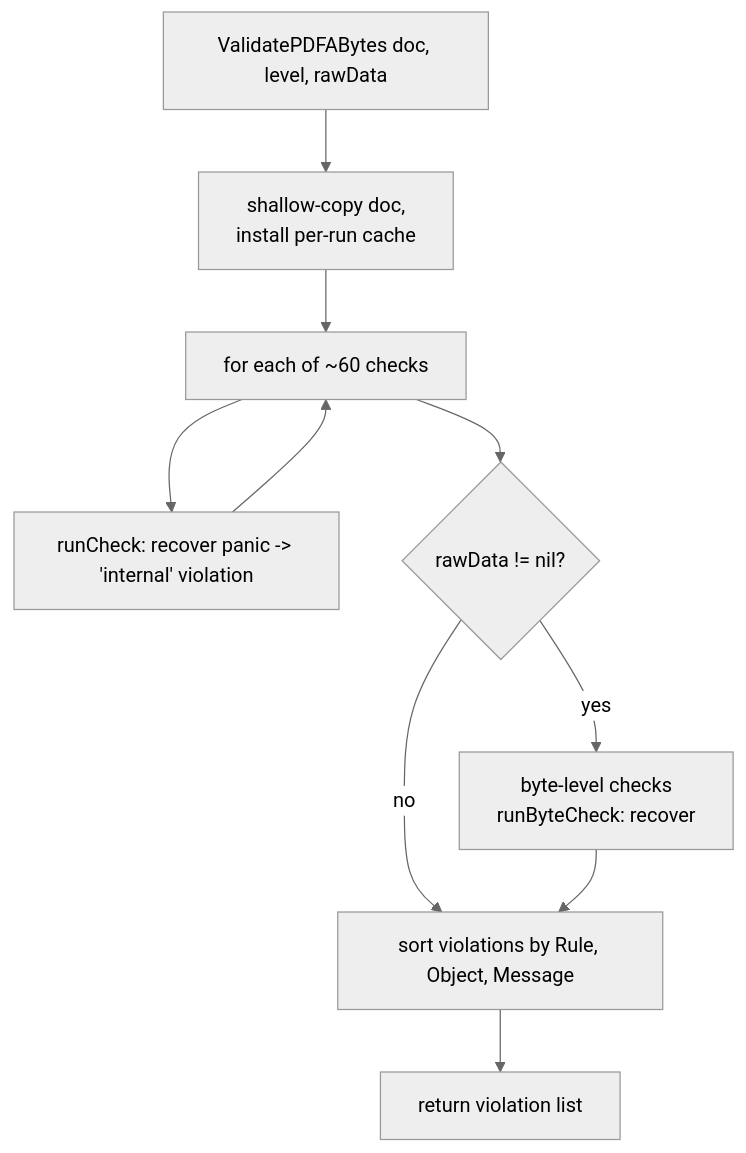
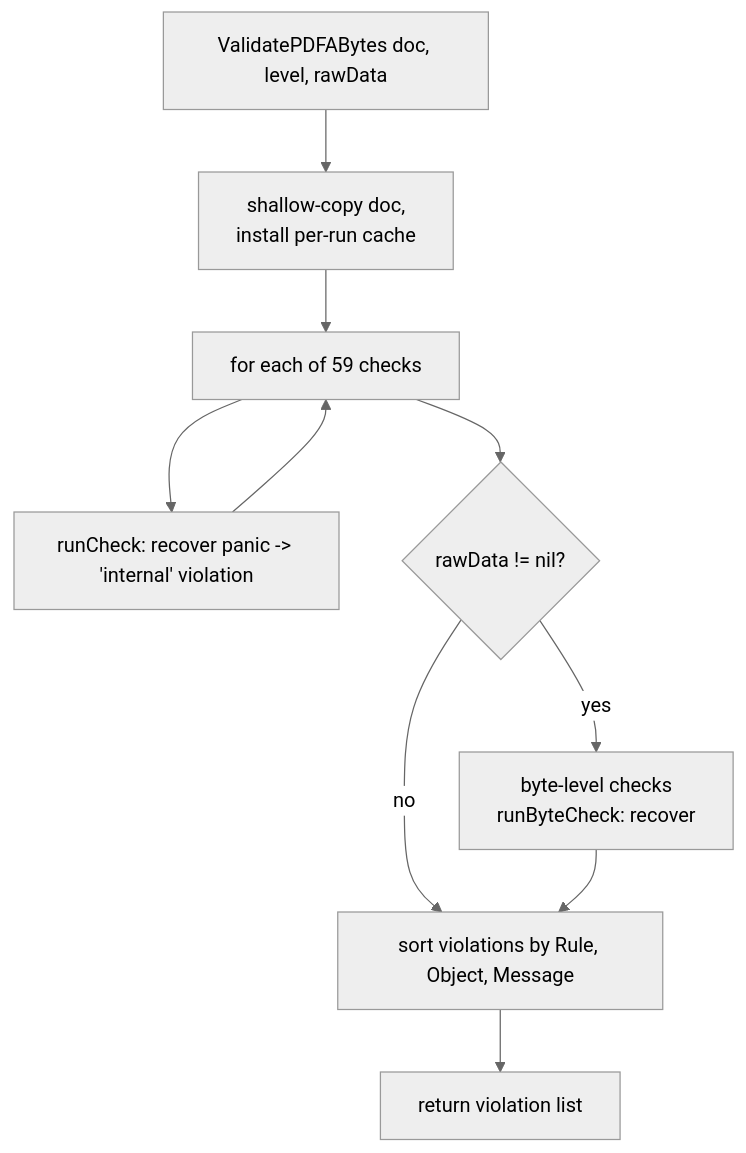
Before and after one commit to mgilbir/pdf0: the fourth of 4 diagrams in docs/architecture.md, drawn with Mermaid (neutral theme). The commit also changed other lines of this file and 7 other files, not shown here.

````diff
--- a/docs/architecture.md
+++ b/docs/architecture.md
@@ -87,12 +139,12 @@
 ```mermaid
 flowchart TD
     A[ValidatePDFABytes doc, level, rawData] --> B[shallow-copy doc,<br/>install per-run cache]
-    B --> C[for each of ~60 checks]
+    B --> C[for each of 59 checks]
     C --> D[runCheck: recover panic -> 'internal' violation]
     D --> C
     C --> E{rawData != nil?}
     E -->|yes| F[byte-level checks<br/>runByteCheck: recover]
     E -->|no| G
     F --> G[sort violations by Rule, Object, Message]
     G --> I[return violation list]
 ```
````
